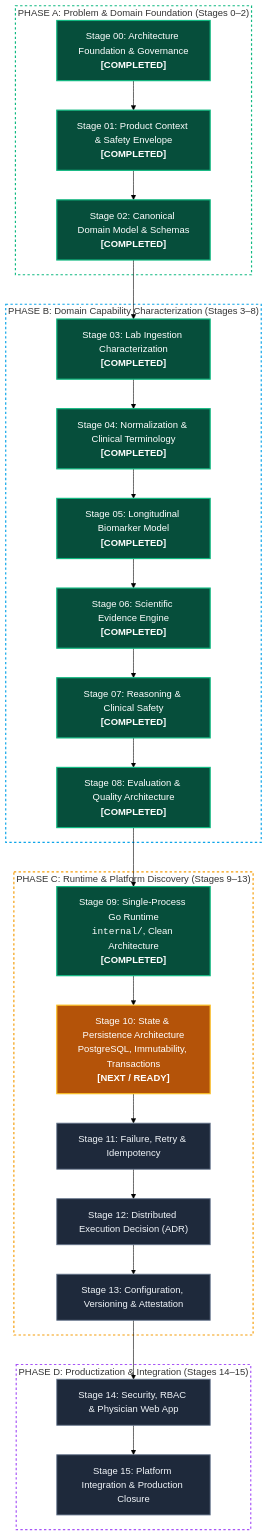
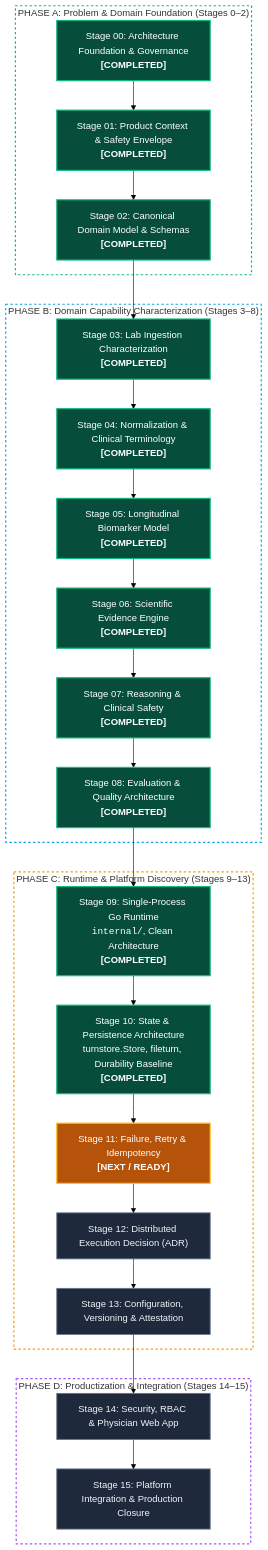
The third of 8 diagrams in README.md (DuyVuux/BiolyzerAgent), drawn with Mermaid (forest theme) before and after one commit. The commit also changed other lines of this file and 1 other file, not shown here.

Commit message:
docs(stage-10): update English and Vietnamese READMEs with Stage 10 state & persistence architecture and verification

````diff
--- a/README.md
+++ b/README.md
@@ -119,38 +120,38 @@
 ```mermaid
 flowchart TD
     classDef done fill:#064e3b,stroke:#10b981,stroke-width:2px,color:#ffffff;
     classDef current fill:#b45309,stroke:#fbbf24,stroke-width:2px,color:#ffffff;
     classDef queued fill:#1e293b,stroke:#64748b,stroke-width:1.5px,color:#f1f5f9;
 
     subgraph PhaseA["PHASE A: Problem & Domain Foundation (Stages 0–2)"]
         S0["Stage 00: Architecture Foundation & Governance<br/><b>[COMPLETED]</b>"]:::done --> S1["Stage 01: Product Context & Safety Envelope<br/><b>[COMPLETED]</b>"]:::done
         S1 --> S2["Stage 02: Canonical Domain Model & Schemas<br/><b>[COMPLETED]</b>"]:::done
     end
 
     subgraph PhaseB["PHASE B: Domain Capability Characterization (Stages 3–8)"]
         S2 --> S3["Stage 03: Lab Ingestion Characterization<br/><b>[COMPLETED]</b>"]:::done
         S3 --> S4["Stage 04: Normalization & Clinical Terminology<br/><b>[COMPLETED]</b>"]:::done
         S4 --> S5["Stage 05: Longitudinal Biomarker Model<br/><b>[COMPLETED]</b>"]:::done
         S5 --> S6["Stage 06: Scientific Evidence Engine<br/><b>[COMPLETED]</b>"]:::done
         S6 --> S7["Stage 07: Reasoning & Clinical Safety<br/><b>[COMPLETED]</b>"]:::done
         S7 --> S8["Stage 08: Evaluation & Quality Architecture<br/><b>[COMPLETED]</b>"]:::done
     end
 
     subgraph PhaseC["PHASE C: Runtime & Platform Discovery (Stages 9–13)"]
         S8 --> S9["Stage 09: Single-Process Go Runtime<br/><code>internal/</code>, Clean Architecture<br/><b>[COMPLETED]</b>"]:::done
-        S9 --> S10["Stage 10: State & Persistence Architecture<br/>PostgreSQL, Immutability, Transactions<br/><b>[NEXT / READY]</b>"]:::current
-        S10 --> S11["Stage 11: Failure, Retry & Idempotency"]:::queued
+        S9 --> S10["Stage 10: State & Persistence Architecture<br/>turnstore.Store, fileturn, Durability Baseline<br/><b>[COMPLETED]</b>"]:::done
+        S10 --> S11["Stage 11: Failure, Retry & Idempotency<br/><b>[NEXT / READY]</b>"]:::current
         S11 --> S12["Stage 12: Distributed Execution Decision (ADR)"]:::queued
         S12 --> S13["Stage 13: Configuration, Versioning & Attestation"]:::queued
     end
 
     subgraph PhaseD["PHASE D: Productization & Integration (Stages 14–15)"]
         S13 --> S14["Stage 14: Security, RBAC & Physician Web App"]:::queued
         S14 --> S15["Stage 15: Platform Integration & Production Closure"]:::queued
     end
 
     style PhaseA fill:none,stroke:#10b981,stroke-width:2px,stroke-dasharray: 4 4;
     style PhaseB fill:none,stroke:#0ea5e9,stroke-width:2px,stroke-dasharray: 4 4;
     style PhaseC fill:none,stroke:#f59e0b,stroke-width:2px,stroke-dasharray: 4 4;
     style PhaseD fill:none,stroke:#a855f7,stroke-width:2px,stroke-dasharray: 4 4;
 ```
````
